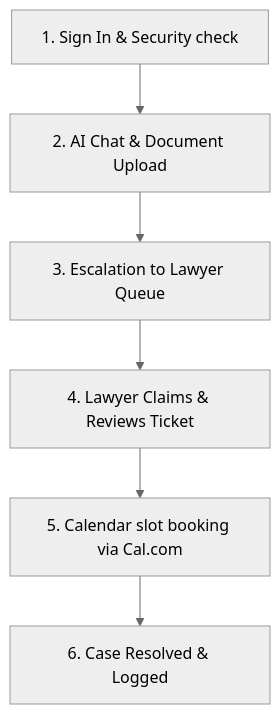
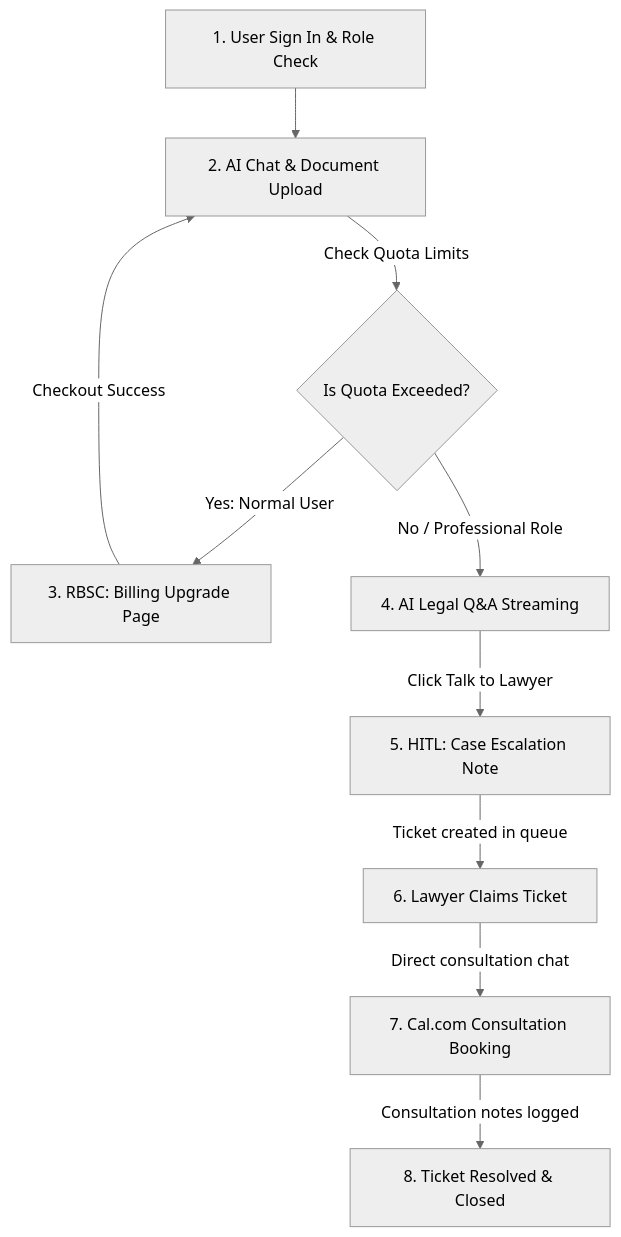
Before and after one commit to aXtr1o1/Digirett-AI-Agent: the diagram in frontend/digirett-frontend/README.md, drawn with Mermaid (neutral theme). The commit also changed other lines of this file and 7 other files, not shown here.

````diff
--- a/frontend/digirett-frontend/README.md
+++ b/frontend/digirett-frontend/README.md
@@ -88,8 +113,12 @@
 ```mermaid
 graph TD
-    A[1. Sign In & Security check] --> B[2. AI Chat & Document Upload]
-    B --> C[3. Escalation to Lawyer Queue]
-    C --> D[4. Lawyer Claims & Reviews Ticket]
-    D --> E[5. Calendar slot booking via Cal.com]
-    E --> F[6. Case Resolved & Logged]
+    A[1. User Sign In & Role Check] --> B[2. AI Chat & Document Upload]
+    B -->|Check Quota Limits| C{Is Quota Exceeded?}
+    C -->|Yes: Normal User| D[3. RBSC: Billing Upgrade Page]
+    D -->|Checkout Success| B
+    C -->|No / Professional Role| E[4. AI Legal Q&A Streaming]
+    E -->|Click Talk to Lawyer| F[5. HITL: Case Escalation Note]
+    F -->|Ticket created in queue| G[6. Lawyer Claims Ticket]
+    G -->|Direct consultation chat| H[7. Cal.com Consultation Booking]
+    H -->|Consultation notes logged| I[8. Ticket Resolved & Closed]
 ```
````
